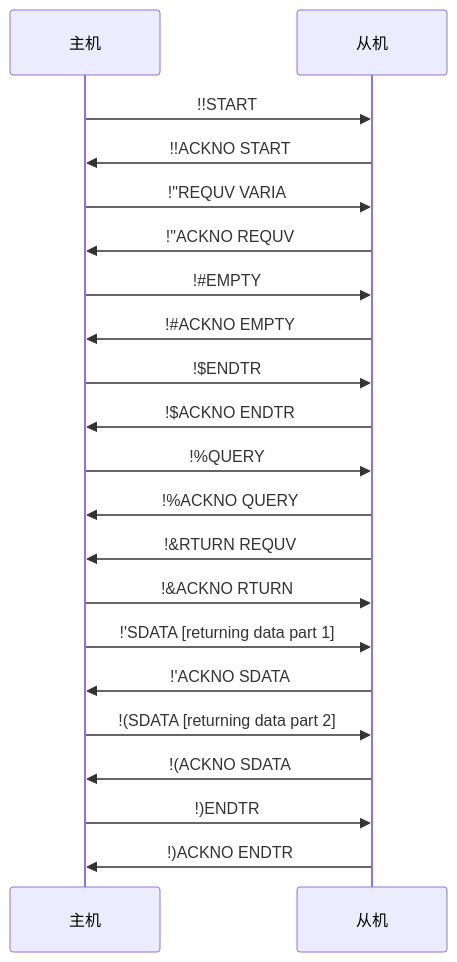
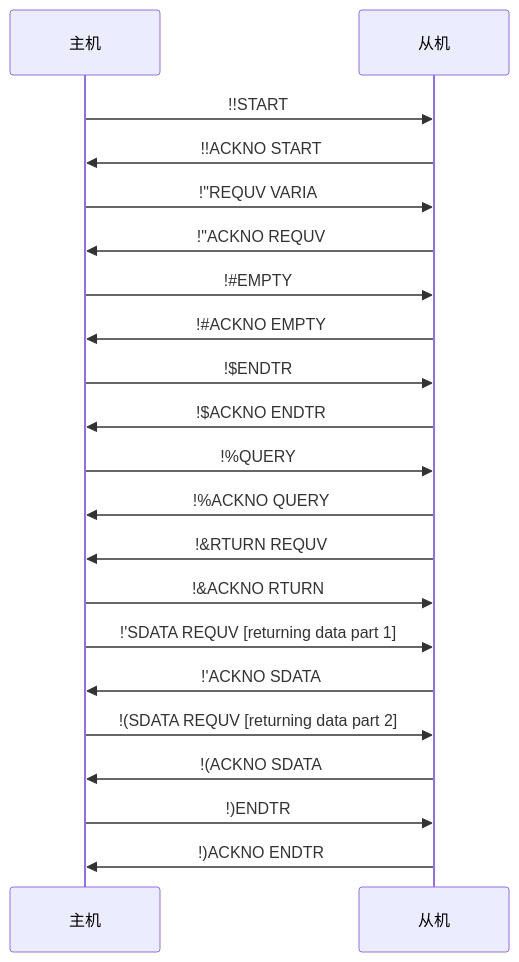
One commit to lingrottin/PK-Command changed the fourth of 4 diagrams in Description_zh.md. Above: the diagram before and after it, drawn with Mermaid. The commit also changed other lines of this file and 4 other files, not shown here.

````diff
--- a/Description_zh.md
+++ b/Description_zh.md
@@ -201,23 +201,23 @@
 ```mermaid
 sequenceDiagram
     participant S as 主机
     participant R as 从机
     S->>R: !!START
     R->>S: !!ACKNO START
     S->>R: !"REQUV VARIA
     R->>S: !"ACKNO REQUV
     S->>R: !#35;EMPTY
     R->>S: !#35;ACKNO EMPTY
     S->>R: !$ENDTR
     R->>S: !$ACKNO ENDTR
     S->>R: !%QUERY
     R->>S: !%ACKNO QUERY
     R->>S: !&RTURN REQUV
     S->>R: !&ACKNO RTURN
-    S->>R: !'SDATA [returning data part 1]
+    S->>R: !'SDATA REQUV [returning data part 1]
     R->>S: !'ACKNO SDATA
-    S->>R: !(SDATA [returning data part 2]
+    S->>R: !(SDATA REQUV [returning data part 2]
     R->>S: !(ACKNO SDATA
     S->>R: !)ENDTR
     R->>S: !)ACKNO ENDTR
 ```
````
